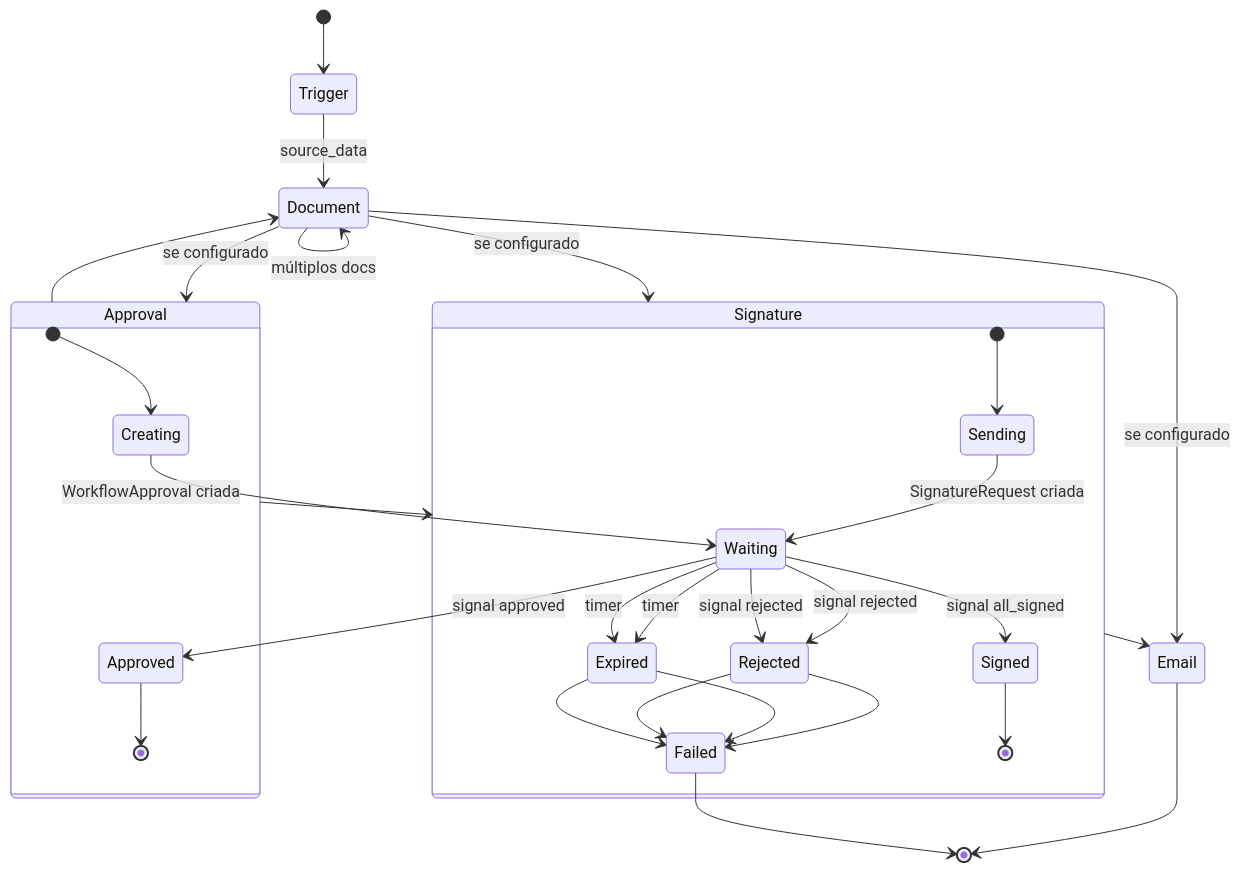
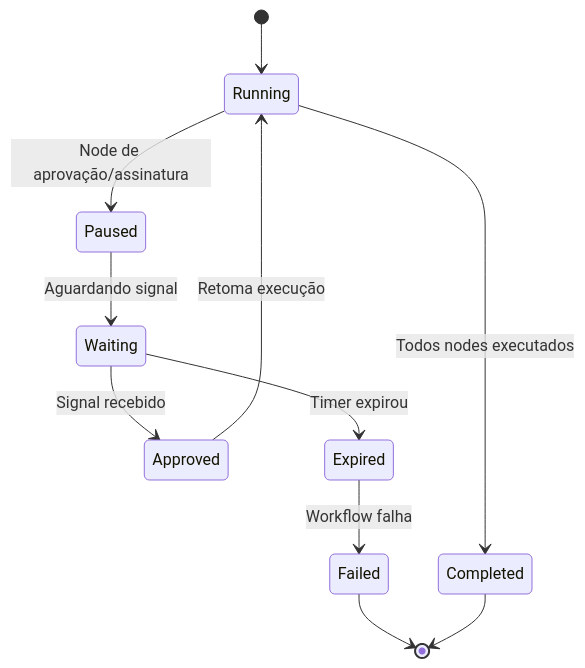
Before and after one commit to eduals/docg-backend: the sixth of 6 diagrams in WORKFLOW_EXECUTION_ANALYSIS.md, drawn with Mermaid. The commit also changed other lines of this file and 12 other files, not shown here.

````diff
--- a/WORKFLOW_EXECUTION_ANALYSIS.md
+++ b/WORKFLOW_EXECUTION_ANALYSIS.md
@@ -747,37 +550,13 @@
 ```mermaid
 stateDiagram-v2
-    [*] --> Trigger
-    Trigger --> Document: source_data
-    Document --> Document: múltiplos docs
-    Document --> Approval: se configurado
-    Document --> Signature: se configurado
-    Document --> Email: se configurado
-    
-    state Approval {
-        [*] --> Creating
-        Creating --> Waiting: WorkflowApproval criada
-        Waiting --> Approved: signal approved
-        Waiting --> Rejected: signal rejected
-        Waiting --> Expired: timer
-        Approved --> [*]
-        Rejected --> Failed
-        Expired --> Failed
-    }
-    
-    state Signature {
-        [*] --> Sending
-        Sending --> Waiting: SignatureRequest criada
-        Waiting --> Signed: signal all_signed
-        Waiting --> Rejected: signal rejected
-        Waiting --> Expired: timer
-        Signed --> [*]
-        Rejected --> Failed
-        Expired --> Failed
-    }
-    
-    Approval --> Document
-    Approval --> Signature
-    Signature --> Email
-    Email --> [*]
+    [*] --> Running
+    Running --> Paused: Node de aprovação/assinatura
+    Paused --> Waiting: Aguardando signal
+    Waiting --> Approved: Signal recebido
+    Waiting --> Expired: Timer expirou
+    Approved --> Running: Retoma execução
+    Expired --> Failed: Workflow falha
+    Running --> Completed: Todos nodes executados
     Failed --> [*]
+    Completed --> [*]
 ```
````
